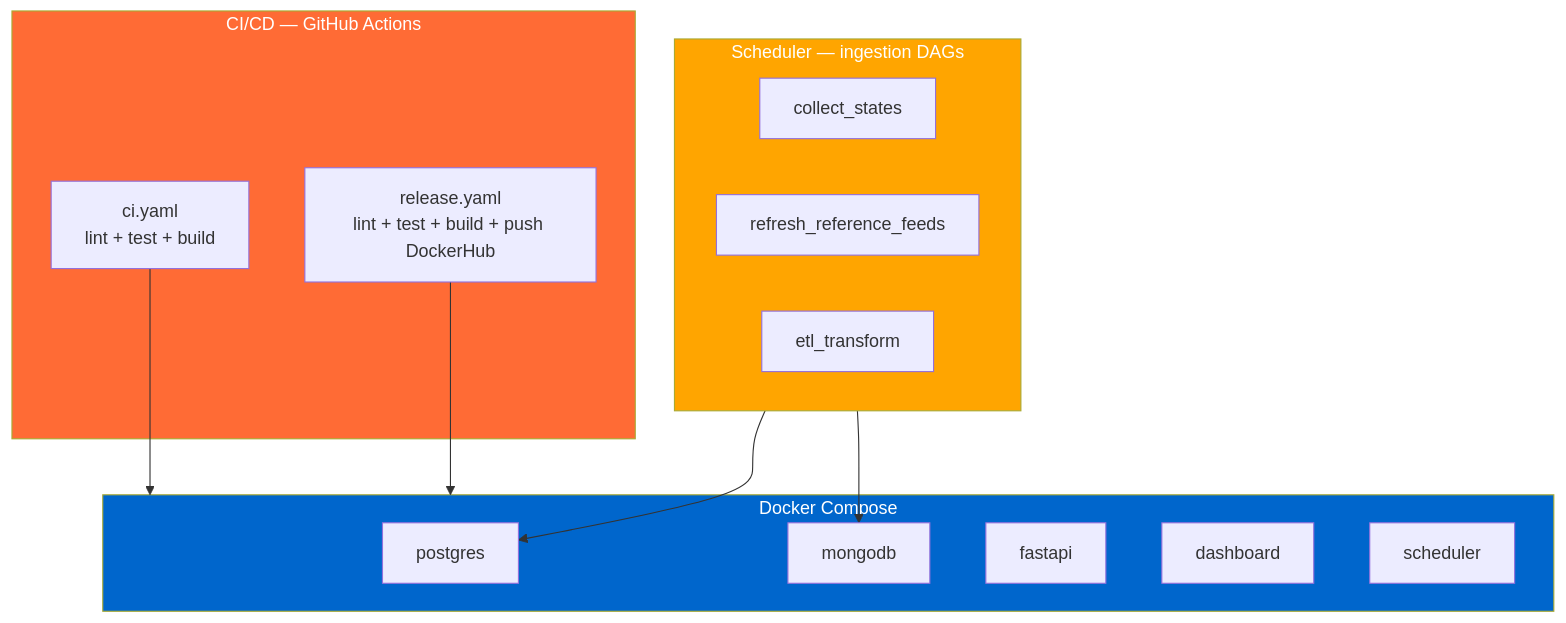
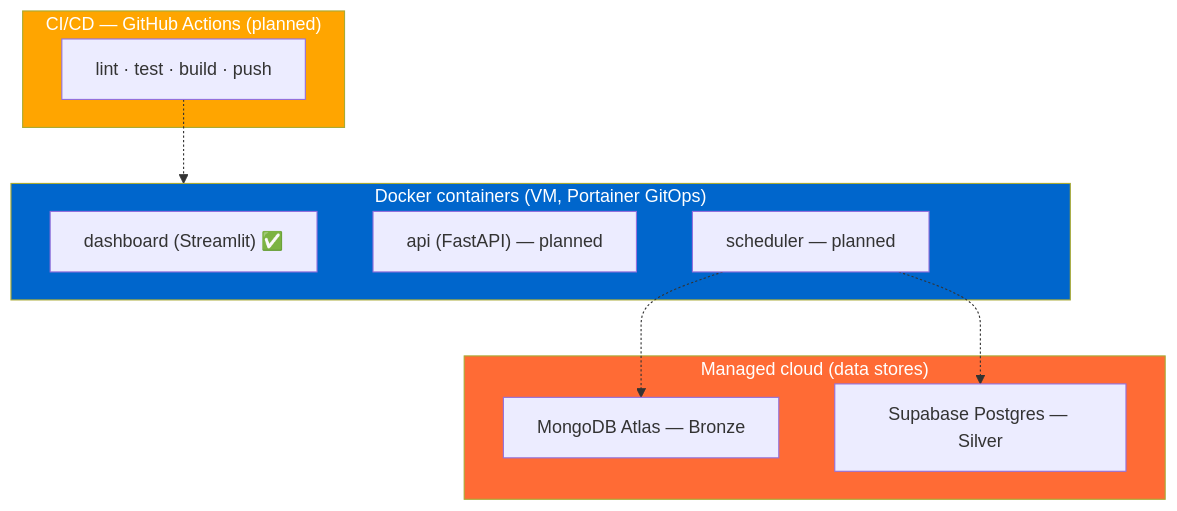
The fourth of 5 diagrams in docs/architecture/README.md (MatthiasSails/airline-data-platform), drawn with Mermaid before and after one commit. The commit also changed other lines of this file and 18 other files, not shown here.

````diff
--- a/docs/architecture/README.md
+++ b/docs/architecture/README.md
@@ -139,30 +111,23 @@
 ```mermaid
 graph TB
-    subgraph CICD["CI/CD — GitHub Actions"]
-        CI["ci.yaml<br/>lint + test + build"]
-        REL["release.yaml<br/>lint + test + build + push DockerHub"]
+    subgraph MANAGED["Managed cloud (data stores)"]
+        M1["MongoDB Atlas — Bronze"]
+        M2["Supabase Postgres — Silver"]
+    end
+    subgraph COMPOSE["Docker containers (VM, Portainer GitOps)"]
+        C1["dashboard (Streamlit) ✅"]
+        C2["api (FastAPI) — planned"]
+        C3["scheduler — planned"]
+    end
+    subgraph CICD["CI/CD — GitHub Actions (planned)"]
+        CI["lint · test · build · push"]
     end
 
-    subgraph COMPOSE["Docker Compose"]
-        C1["postgres"]
-        C2["mongodb"]
-        C3["fastapi"]
-        C4["dashboard"]
-        C5["scheduler"]
-    end
+    C3 -.-> M1
+    C3 -.-> M2
+    CI -.-> COMPOSE
 
-    subgraph SCHED["Scheduler — ingestion DAGs"]
-        D1["collect_states"]
-        D2["refresh_reference_feeds"]
-        D3["etl_transform"]
-    end
-
-    CI --> COMPOSE
-    REL --> COMPOSE
-    SCHED --> C1
-    SCHED --> C2
-
-    style CICD fill:#FF6B35,color:#fff
+    style MANAGED fill:#FF6B35,color:#fff
     style COMPOSE fill:#0066CC,color:#fff
-    style SCHED fill:#FFA500,color:#fff
+    style CICD fill:#FFA500,color:#fff
 ```
````
